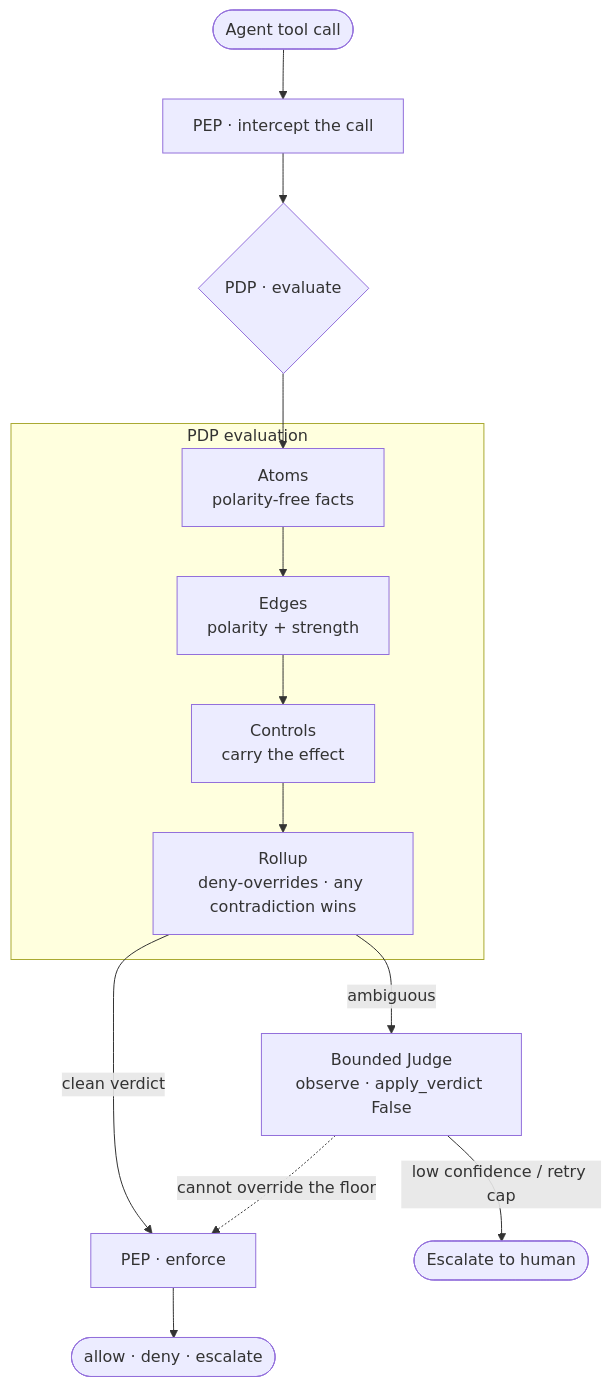
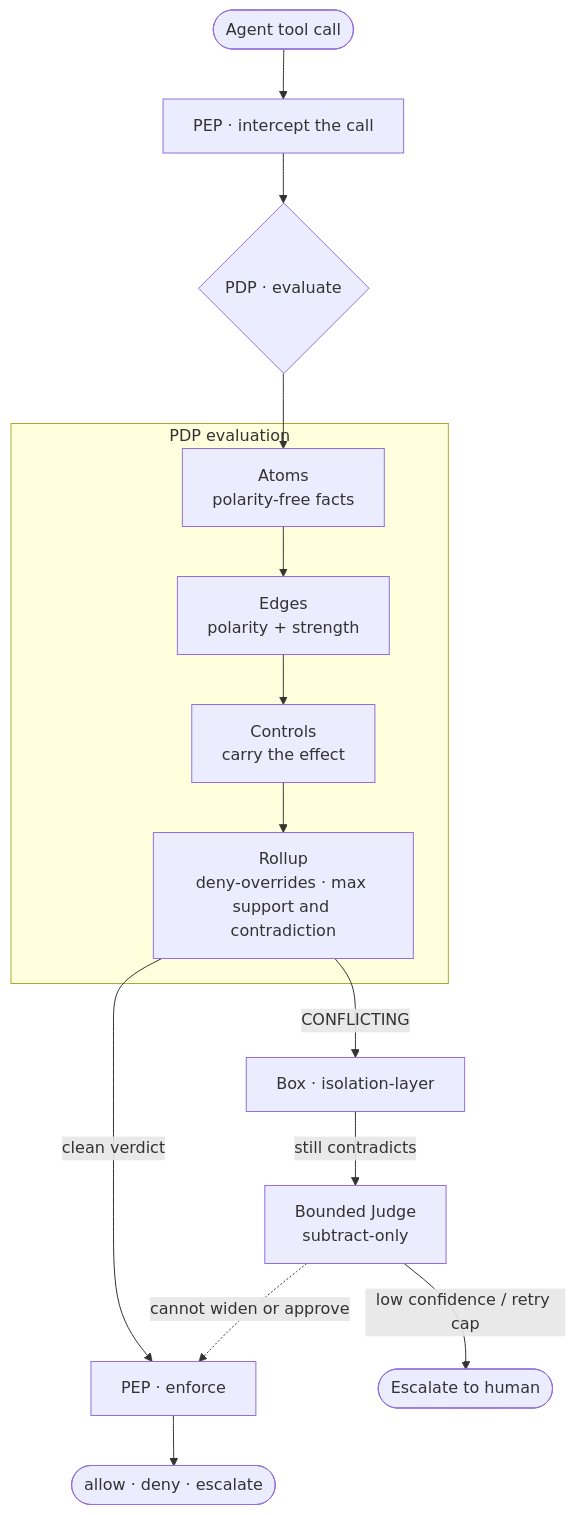
Before and after one commit to Steck43/aegis-atoms: the diagram in README.md, drawn with Mermaid. The commit also changed other lines of this file and 1 other file, not shown here.

````diff
--- a/README.md
+++ b/README.md
@@ -51,16 +69,17 @@
 ```mermaid
 flowchart TD
     A([Agent tool call]) --> PEP[PEP · intercept the call]
     PEP --> PDP{PDP · evaluate}
     subgraph PDP evaluation
       ATOMS[Atoms<br/>polarity-free facts] --> EDGES[Edges<br/>polarity + strength]
       EDGES --> CTRL[Controls<br/>carry the effect]
-      CTRL --> ROLL[Rollup<br/>deny-overrides · any contradiction wins]
+      CTRL --> ROLL[Rollup<br/>deny-overrides · max support and contradiction]
     end
     PDP --> ATOMS
     ROLL -->|clean verdict| ENF[PEP · enforce]
-    ROLL -->|ambiguous| JUDGE[Bounded Judge<br/>observe · apply_verdict False]
-    JUDGE -. cannot override the floor .-> ENF
+    ROLL -->|CONFLICTING| BOX[Box · isolation-layer]
+    BOX -->|still contradicts| JUDGE[Bounded Judge<br/>subtract-only]
+    JUDGE -. cannot widen or approve .-> ENF
     JUDGE -->|low confidence / retry cap| HUMAN([Escalate to human])
     ENF --> OUT([allow · deny · escalate])
 ```
````
